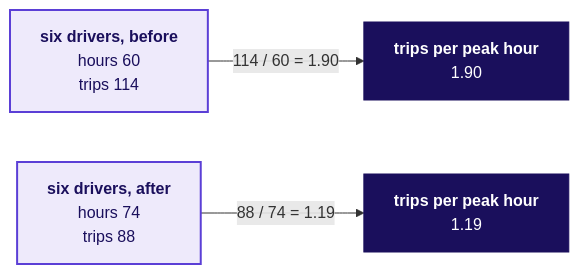
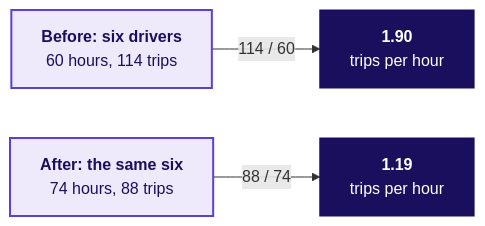
The fourth of 10 diagrams in content/W04/D1/slides/C2_W04_D01_half1_STUDENT.md (fde-academy-lab/c2-content-factory), drawn with Mermaid before and after one commit. The commit also changed other lines of this file and 24 other files, not shown here.

````diff
--- a/content/W04/D1/slides/C2_W04_D01_half1_STUDENT.md
+++ b/content/W04/D1/slides/C2_W04_D01_half1_STUDENT.md
@@ -186,9 +269,9 @@
 ```mermaid
 flowchart LR
-    A["<b>six drivers, before</b><br/>hours 60<br/>trips 114"] -->|"114 / 60 = 1.90"| B["<b>trips per peak hour</b><br/>1.90"]
-    C["<b>six drivers, after</b><br/>hours 74<br/>trips 88"] -->|"88 / 74 = 1.19"| D["<b>trips per peak hour</b><br/>1.19"]
+    B["<b>Before: six drivers</b><br/>60 hours, 114 trips"] -->|"114 / 60"| RB["<b>1.90</b><br/>trips per hour"]
+    A["<b>After: the same six</b><br/>74 hours, 88 trips"] -->|"88 / 74"| RA["<b>1.19</b><br/>trips per hour"]
     classDef known fill:#EEEAFB,stroke:#5B3FD6,color:#1A0F5C,stroke-width:2px
     classDef lit fill:#1A0F5C,stroke:#1A0F5C,color:#FFFFFF
-    class A,C known
-    class B,D lit
+    class B,A known
+    class RB,RA lit
 ```
````
